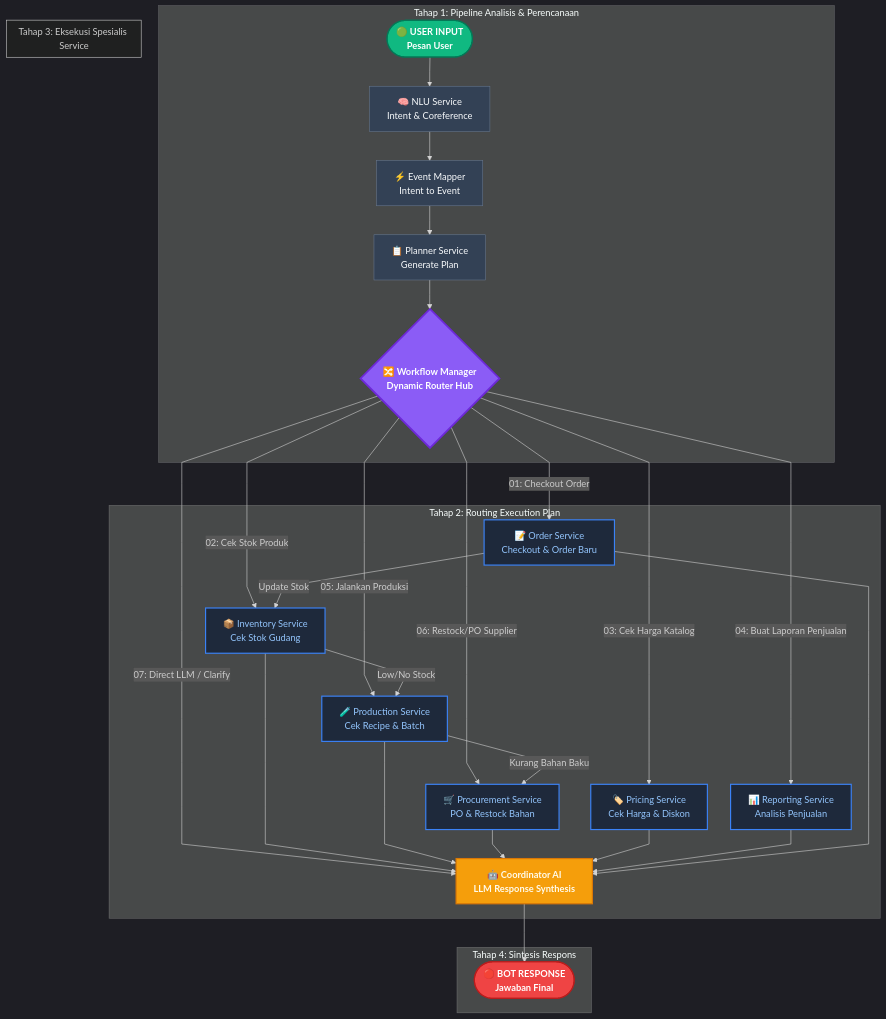
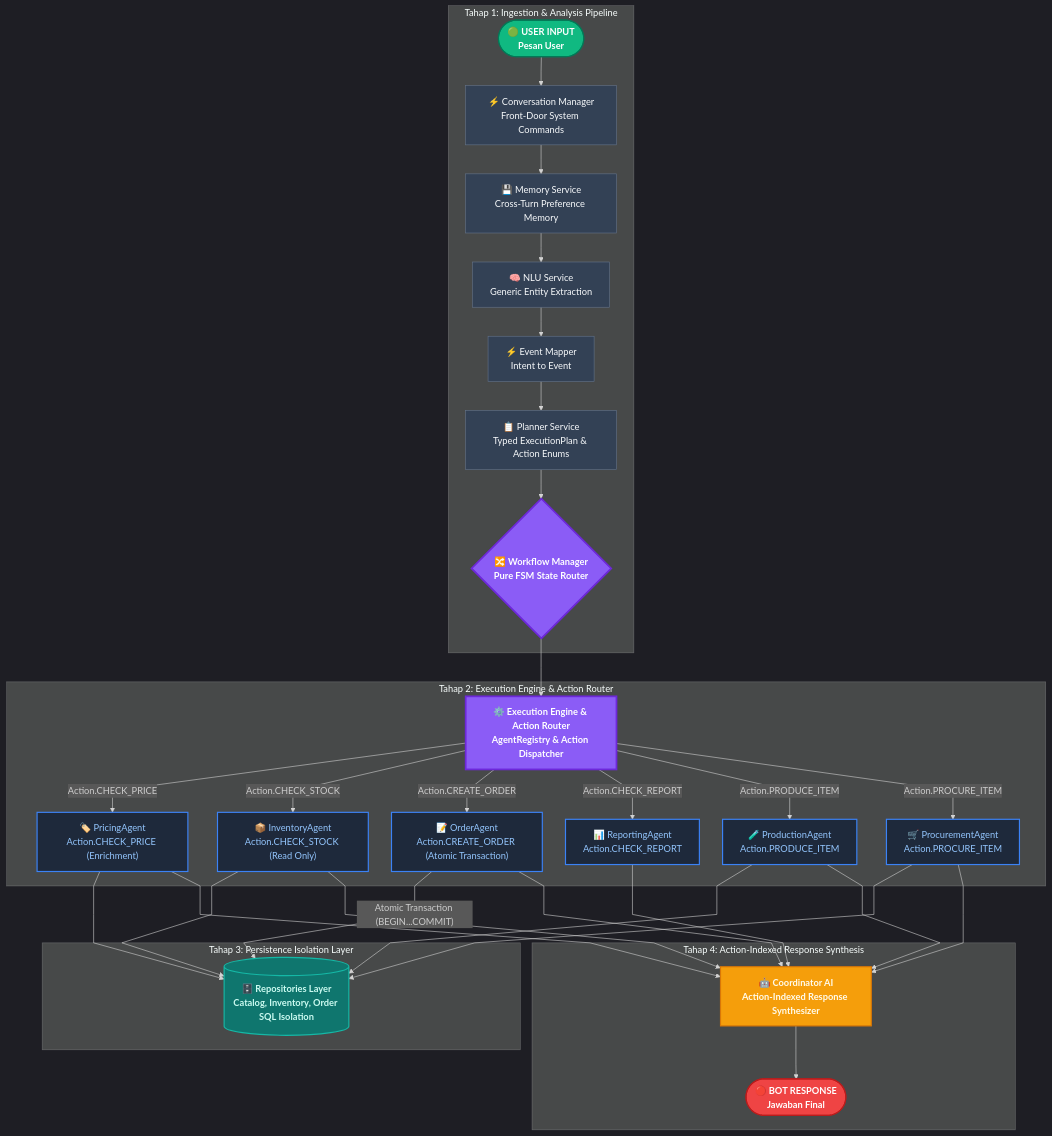
The diagram in docs/workflow_graph_clean.mmd (hafidz-ar/multi-agent-ai-enterprise), drawn with Mermaid before and after one commit. The commit also changed 22 other files, not shown here.

Commit message:
Implement 10/10 Enterprise Master Architecture: Action Enums, Repositories, OOP AgentRegistry, & Atomic Order Orchestrator

```diff
--- a/docs/workflow_graph_clean.mmd
+++ b/docs/workflow_graph_clean.mmd
@@ -1,78 +1,88 @@
 ---
 config:
   theme: dark
   flowchart:
     curve: linear
     nodeSpacing: 40
     rankSpacing: 50
 ---
 flowchart TD
     %% Node Definitions
     START(["🟢 USER INPUT<br/>Pesan User"])
-    NLU["🧠 NLU Service<br/>Intent & Coreference"]
+    CM["⚡ Conversation Manager<br/>Front-Door System Commands"]
+    MEM["💾 Memory Service<br/>Cross-Turn Preference Memory"]
+    NLU["🧠 NLU Service<br/>Generic Entity Extraction"]
     EM["⚡ Event Mapper<br/>Intent to Event"]
-    PS["📋 Planner Service<br/>Generate Plan"]
+    PS["📋 Planner Service<br/>Typed ExecutionPlan & Action Enums"]
     
-    WM{"🔀 Workflow Manager<br/>Dynamic Router Hub"}
+    WM{"🔀 Workflow Manager<br/>Pure FSM State Router"}
+    EE["⚙️ Execution Engine & Action Router<br/>AgentRegistry & Action Dispatcher"]
+
+    PRIC["🏷️ PricingAgent<br/>Action.CHECK_PRICE (Enrichment)"]
+    INV["📦 InventoryAgent<br/>Action.CHECK_STOCK (Read Only)"]
+    ORD["📝 OrderAgent<br/>Action.CREATE_ORDER (Atomic Transaction)"]
+    REP["📊 ReportingAgent<br/>Action.CHECK_REPORT"]
+    PROD["🧪 ProductionAgent<br/>Action.PRODUCE_ITEM"]
+    PROC["🛒 ProcurementAgent<br/>Action.PROCURE_ITEM"]
     
-    INV["📦 Inventory Service<br/>Cek Stok Gudang"]
-    PROD["🧪 Production Service<br/>Cek Recipe & Batch"]
-    PROC["🛒 Procurement Service<br/>PO & Restock Bahan"]
-    PRIC["🏷️ Pricing Service<br/>Cek Harga & Diskon"]
-    REP["📊 Reporting Service<br/>Analisis Penjualan"]
-    ORD["📝 Order Service<br/>Checkout & Order Baru"]
-    
-    COORD["🤖 Coordinator AI<br/>LLM Response Synthesis"]
+    REPO[("🗄️ Repositories Layer<br/>Catalog, Inventory, Order SQL Isolation")]
+    COORD["🤖 Coordinator AI<br/>Action-Indexed Response Synthesizer"]
     END_NODE(["🔴 BOT RESPONSE<br/>Jawaban Final"])
 
     %% 1. Ingestion Pipeline
-    subgraph Stage1 ["Tahap 1: Pipeline Analisis & Perencanaan"]
-        START --> NLU
+    subgraph Stage1 ["Tahap 1: Ingestion & Analysis Pipeline"]
+        START --> CM
+        CM --> MEM
+        MEM --> NLU
         NLU --> EM
         EM --> PS
         PS --> WM
     end
 
-    %% 2. Executive Routing (FSM)
-    subgraph Stage2 ["Tahap 2: Routing Execution Plan"]
-        WM -- "01: Checkout Order" --> ORD
-        WM -- "02: Cek Stok Produk" --> INV
-        WM -- "03: Cek Harga Katalog" --> PRIC
-        WM -- "04: Buat Laporan Penjualan" --> REP
-        WM -- "05: Jalankan Produksi" --> PROD
-        WM -- "06: Restock/PO Supplier" --> PROC
-        WM -- "07: Direct LLM / Clarify" --> COORD
+    %% 2. Execution Engine & Action Routing
+    subgraph Stage2 ["Tahap 2: Execution Engine & Action Router"]
+        WM --> EE
+        EE -- "Action.CHECK_PRICE" --> PRIC
+        EE -- "Action.CHECK_STOCK" --> INV
+        EE -- "Action.CREATE_ORDER" --> ORD
+        EE -- "Action.CHECK_REPORT" --> REP
+        EE -- "Action.PRODUCE_ITEM" --> PROD
+        EE -- "Action.PROCURE_ITEM" --> PROC
     end
 
-    %% 3. Service Interactions & Cross-Service Dependencies
-    subgraph Stage3 ["Tahap 3: Eksekusi Spesialis Service"]
-        INV -- "Low/No Stock" --> PROD
-        PROD -- "Kurang Bahan Baku" --> PROC
-        ORD -- "Update Stok" --> INV
+    %% 3. Persistence Isolation Layer
+    subgraph Stage3 ["Tahap 3: Persistence Isolation Layer"]
+        PRIC --> REPO
+        INV --> REPO
+        ORD -- "Atomic Transaction (BEGIN...COMMIT)" --> REPO
+        PROD --> REPO
+        PROC --> REPO
     end
 
     %% 4. Response Synthesis Pipeline
-    subgraph Stage4 ["Tahap 4: Sintesis Respons"]
+    subgraph Stage4 ["Tahap 4: Action-Indexed Response Synthesis"]
+        PRIC --> COORD
         INV --> COORD
+        ORD --> COORD
+        REP --> COORD
         PROD --> COORD
         PROC --> COORD
-        PRIC --> COORD
-        REP --> COORD
-        ORD --> COORD
         COORD --> END_NODE
     end
 
     %% Styling Nodes
     classDef startNode fill:#10B981,stroke:#047857,stroke-width:2px,color:#fff,font-weight:bold;
     classDef endNode fill:#EF4444,stroke:#B91C1C,stroke-width:2px,color:#fff,font-weight:bold;
     classDef router fill:#8B5CF6,stroke:#6D28D9,stroke-width:3px,color:#fff,font-weight:bold;
     classDef service fill:#1E293B,stroke:#3B82F6,stroke-width:2px,color:#93C5FD;
     classDef llm fill:#F59E0B,stroke:#D97706,stroke-width:2px,color:#FFFBEB,font-weight:bold;
     classDef ingester fill:#334155,stroke:#64748B,stroke-width:1px,color:#F8FAFC;
+    classDef repo fill:#0F766E,stroke:#14B8A6,stroke-width:2px,color:#CCFBF1,font-weight:bold;
 
     class START startNode;
     class END_NODE endNode;
-    class WM router;
-    class NLU,EM,PS ingester;
-    class INV,PROD,PROC,PRIC,REP,ORD service;
+    class WM,EE router;
+    class CM,MEM,NLU,EM,PS ingester;
+    class PRIC,INV,ORD,REP,PROD,PROC service;
+    class REPO repo;
     class COORD llm;
```
